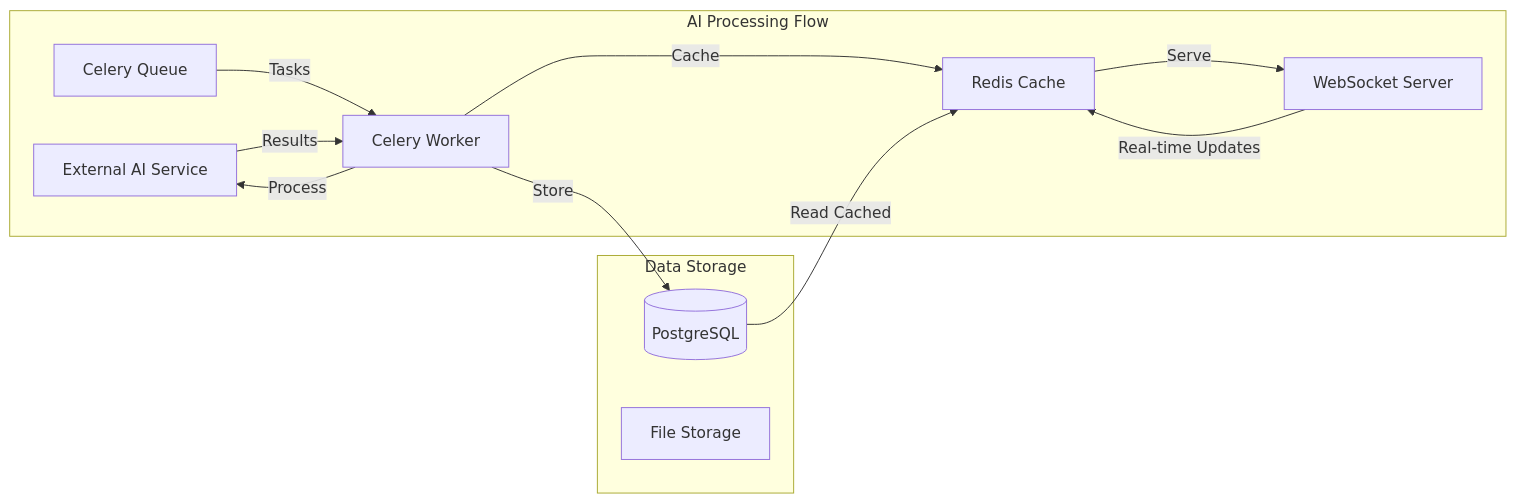
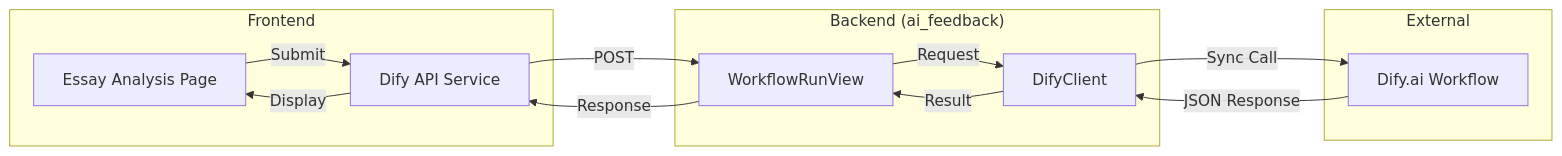
One commit to Eryc123Y/EssayCoach changed the third of 11 diagrams in docs/architecture/system-architecture.md. Above: the diagram before and after it, drawn with Mermaid. The commit also changed other lines of this file and 60 other files, not shown here.

Commit message:
feat: Implement Essay Analysis submission page with Dify integration

````diff
--- a/docs/architecture/system-architecture.md
+++ b/docs/architecture/system-architecture.md
@@ -73,22 +71,23 @@
 ```mermaid
 graph LR
-    subgraph "AI Processing Flow"
-        ExtAI[External AI Service]
-        Queue[Celery Queue]
-        Cache[Redis Cache]
-        WS[WebSocket Server]
-        Worker[Celery Worker]
+    subgraph "Frontend"
+        UI[Essay Analysis Page]
+        Service[Dify API Service]
     end
-    subgraph "Data Storage"
-        DB[(PostgreSQL)]
-        FileStore[File Storage]
+    subgraph "Backend (ai_feedback)"
+        View[WorkflowRunView]
+        Client[DifyClient]
     end
-    Queue -- Tasks --> Worker
-    Worker -- Process --> ExtAI
-    ExtAI -- Results --> Worker
-    Worker -- Store --> DB
-    Worker -- Cache --> Cache
-    WS -- Real-time Updates --> Cache
-    DB -- Read Cached --> Cache
-    Cache -- Serve --> WS
+    subgraph "External"
+        DifyPlatform[Dify.ai Workflow]
+    end
+
+    UI -- Submit --> Service
+    Service -- POST --> View
+    View -- Request --> Client
+    Client -- Sync Call --> DifyPlatform
+    DifyPlatform -- JSON Response --> Client
+    Client -- Result --> View
+    View -- Response --> Service
+    Service -- Display --> UI
 ```
````
